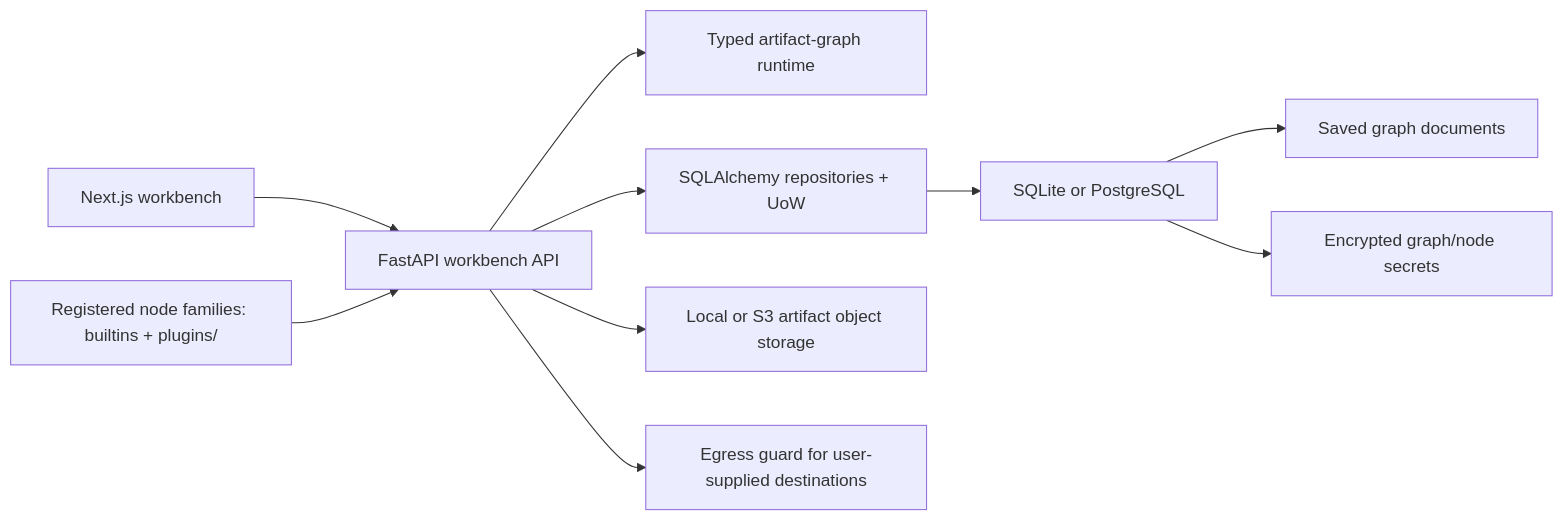
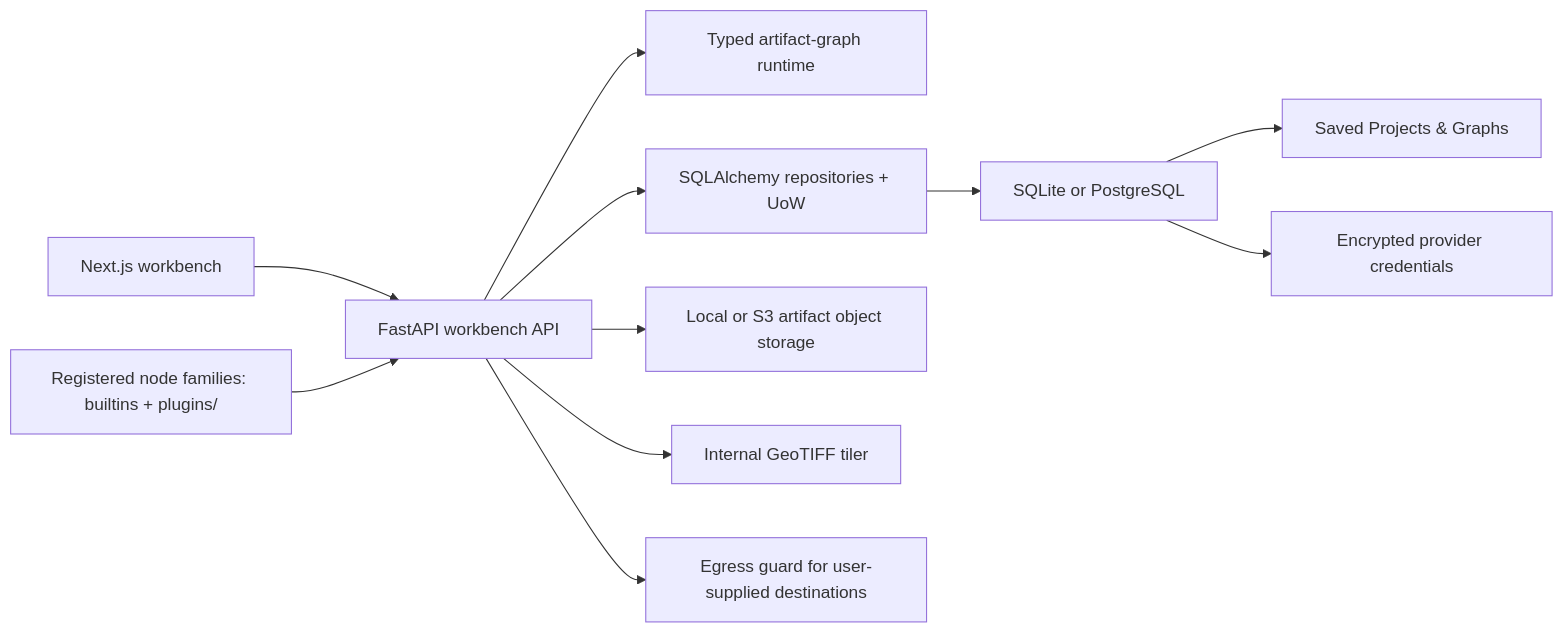
One commit to artpods56/grafY changed the first of 3 diagrams in README.md. Above: the diagram before and after it, drawn with Mermaid. The commit also changed other lines of this file and 6 other files, not shown here.

````diff
--- a/README.md
+++ b/README.md
@@ -30,12 +67,13 @@
 ```mermaid
 flowchart LR
     Web["Next.js workbench"] --> API["FastAPI workbench API"]
     API --> Core["Typed artifact-graph runtime"]
     API --> Persistence["SQLAlchemy repositories + UoW"]
     Persistence --> SQL["SQLite or PostgreSQL"]
-    SQL --> Graphs["Saved graph documents"]
-    SQL --> Secrets["Encrypted graph/node secrets"]
+    SQL --> Graphs["Saved Projects & Graphs"]
+    SQL --> Secrets["Encrypted provider credentials"]
     API --> Storage["Local or S3 artifact object storage"]
+    API --> Tiler["Internal GeoTIFF tiler"]
     Families["Registered node families: builtins + plugins/"] --> API
     API --> Egress["Egress guard for user-supplied destinations"]
 ```
````
